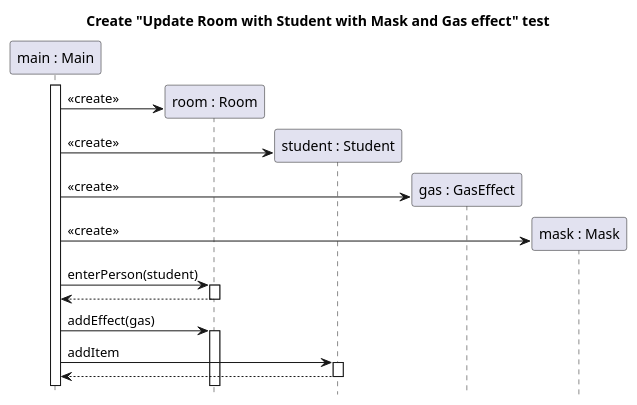
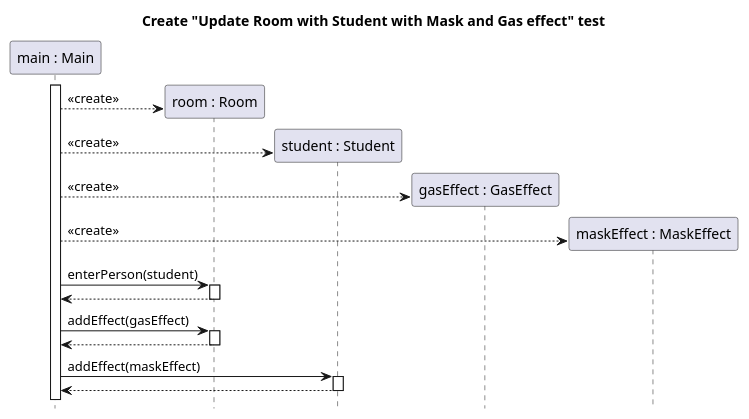
The diagram in docs/diagrams/test-create-sequence/room_update_gas_and_mask_create.puml (sn4k3ch4rm3r/logarlec), drawn with PlantUML before and after one commit. The commit also changed 9 other files, not shown here.

Commit message:
Modified sequence diagrams

```diff
--- a/docs/diagrams/test-create-sequence/room_update_gas_and_mask_create.puml
+++ b/docs/diagrams/test-create-sequence/room_update_gas_and_mask_create.puml
@@ -1,25 +1,26 @@
 @startuml room-update-no-teachers-create
 title Create "Update Room with Student with Mask and Gas effect" test
 hide footbox
 participant "main : Main" as main
 participant "room : Room" as room
 participant "student : Student" as stu1
-participant "gas : GasEffect" as gas
-participant "mask : Mask" as mask
+participant "gasEffect : GasEffect" as gas
+participant "maskEffect : MaskEffect" as mask
 
 main++
 create room
-main -> room : <<create>>
+main --> room : <<create>>
 create stu1
-main -> stu1 : <<create>>
+main --> stu1 : <<create>>
 create gas
-main -> gas : <<create>>
+main --> gas : <<create>>
 create mask
-main -> mask : <<create>>
+main --> mask : <<create>>
 main -> room ++: enterPerson(student)
 return
-main -> room ++: addEffect(gas)
-main -> stu1 ++: addItem
+main -> room ++: addEffect(gasEffect)
+return
+main -> stu1 ++: addEffect(maskEffect)
 return
 
 @enduml
```
